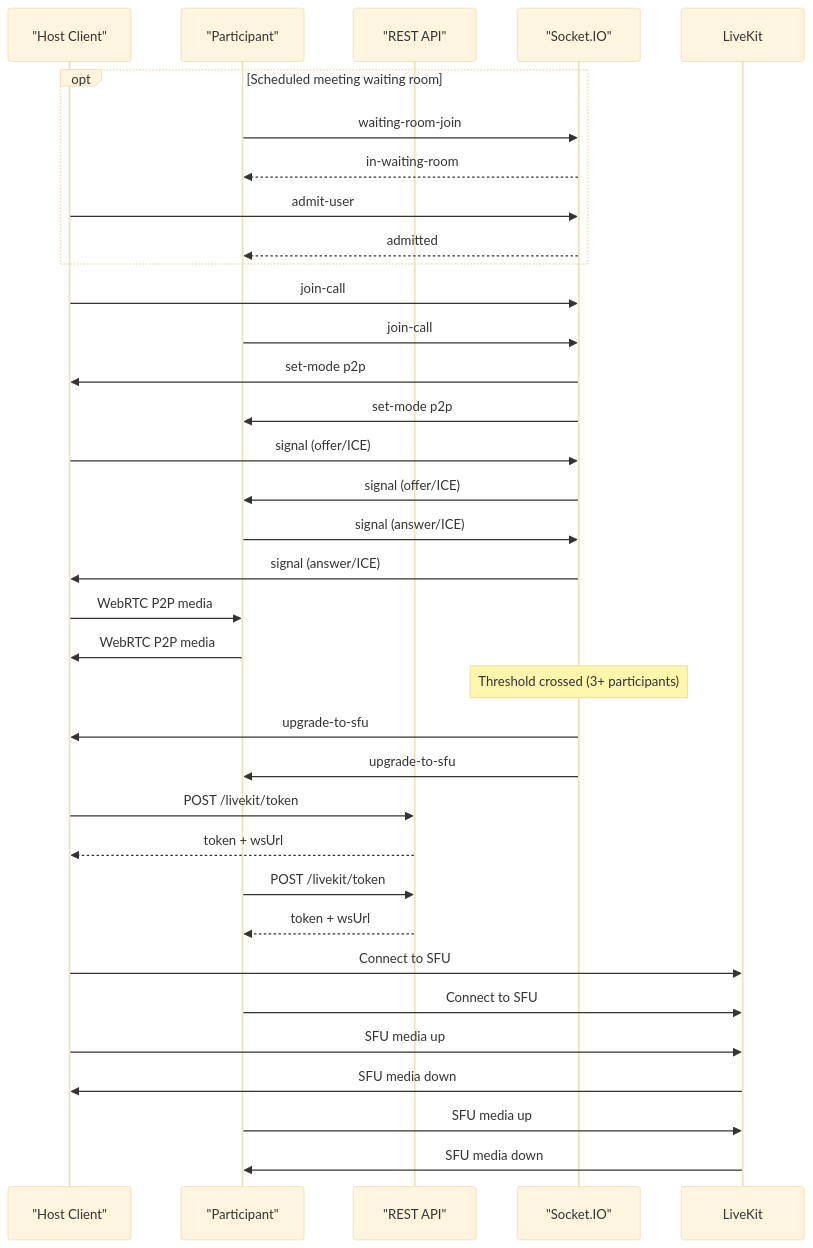
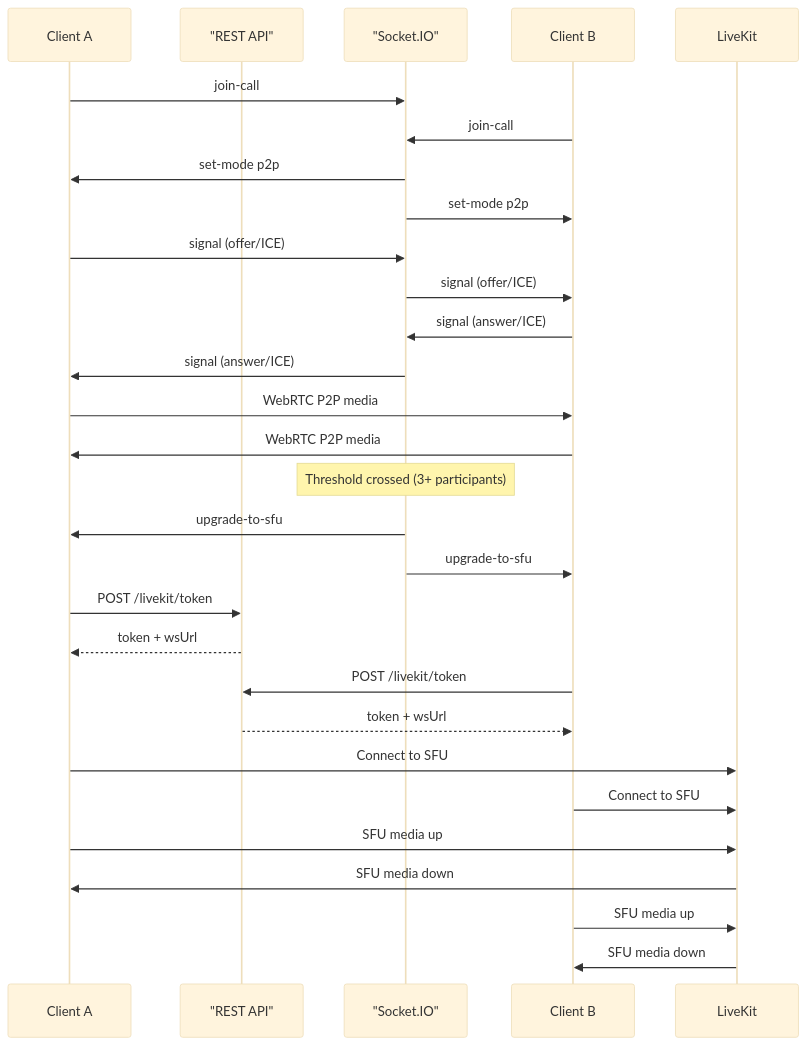
Before and after one commit to MANANPATEL7310/ConvoX: the second of 2 diagrams in README.md, drawn with Mermaid (base theme). The commit also changed other lines of this file, not shown here.

Commit message:
fix : update diagrams reverse

````diff
--- a/README.md
+++ b/README.md
@@ -99,40 +90,33 @@
 ```mermaid
 sequenceDiagram
-  participant H as "Host Client"
-  participant A as "Participant"
+  participant A as Client A
   participant API as "REST API"
   participant S as "Socket.IO"
+  participant B as Client B
   participant L as LiveKit
 
-  opt Scheduled meeting waiting room
-    A->>S: waiting-room-join
-    S-->>A: in-waiting-room
-    H->>S: admit-user
-    S-->>A: admitted
-  end
-
-  H->>S: join-call
   A->>S: join-call
-  S->>H: set-mode p2p
+  B->>S: join-call
   S->>A: set-mode p2p
-  H->>S: signal (offer/ICE)
-  S->>A: signal (offer/ICE)
-  A->>S: signal (answer/ICE)
-  S->>H: signal (answer/ICE)
-  H->>A: WebRTC P2P media
-  A->>H: WebRTC P2P media
+  S->>B: set-mode p2p
+  A->>S: signal (offer/ICE)
+  S->>B: signal (offer/ICE)
+  B->>S: signal (answer/ICE)
+  S->>A: signal (answer/ICE)
+  A->>B: WebRTC P2P media
+  B->>A: WebRTC P2P media
 
   Note over S: Threshold crossed (3+ participants)
-  S->>H: upgrade-to-sfu
   S->>A: upgrade-to-sfu
-  H->>API: POST /livekit/token
-  API-->>H: token + wsUrl
+  S->>B: upgrade-to-sfu
   A->>API: POST /livekit/token
   API-->>A: token + wsUrl
-  H->>L: Connect to SFU
+  B->>API: POST /livekit/token
+  API-->>B: token + wsUrl
   A->>L: Connect to SFU
-  H->>L: SFU media up
-  L->>H: SFU media down
+  B->>L: Connect to SFU
   A->>L: SFU media up
   L->>A: SFU media down
+  B->>L: SFU media up
+  L->>B: SFU media down
 ```
````
